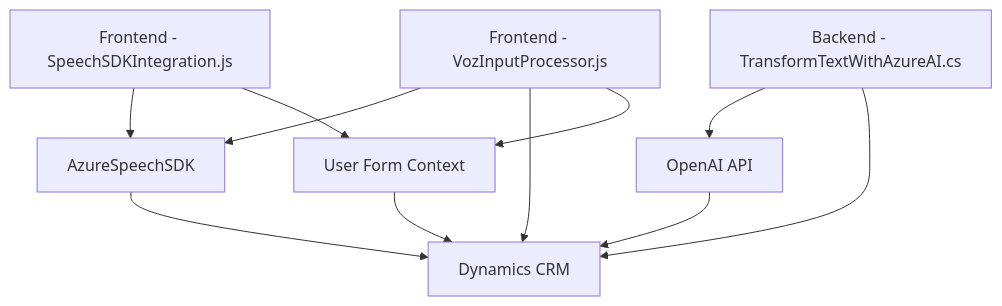
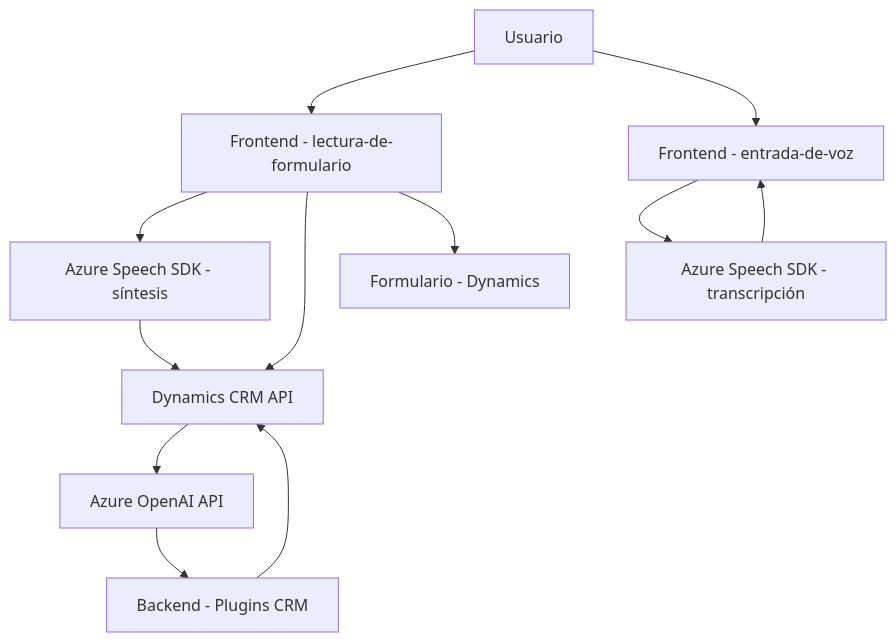
One commit to blopezdm/NETCORE_BILBAO2025 changed the diagram in README.md. Above: the diagram before and after it, drawn with Mermaid. The commit also changed other lines of this file, not shown here.

````diff
--- a/README.md
+++ b/README.md
@@ -41,21 +44,24 @@
 ```mermaid
 graph TD
-  A["Frontend - SpeechSDKIntegration.js"]
-  B["Frontend - VozInputProcessor.js"]
-  C["Backend - TransformTextWithAzureAI.cs"]
-  D["AzureSpeechSDK"]
-  E["OpenAI API"]
-  F["Dynamics CRM"]
-  G["User Form Context"]
+A["Frontend - lectura-de-formulario"]
+B["Frontend - entrada-de-voz"]
+C["Backend - Plugins CRM"]
+D["Azure Speech SDK - síntesis"]
+E["Azure Speech SDK - transcripción"]
+F["Dynamics CRM API"]
+G["Azure OpenAI API"]
+H["Formulario - Dynamics"]
+I["Usuario"]
 
-  A --> D
-  B --> D
-  C --> E
-  C --> F
-  B --> F
-  A --> G
-  B --> G
-  G --> F
-  D --> F
-  E --> F
+I --> A
+A --> D
+I --> B
+B --> E
+D --> F
+E --> B
+A --> F
+A --> H
+F --> G
+G --> C
+C --> F
 ```
````
